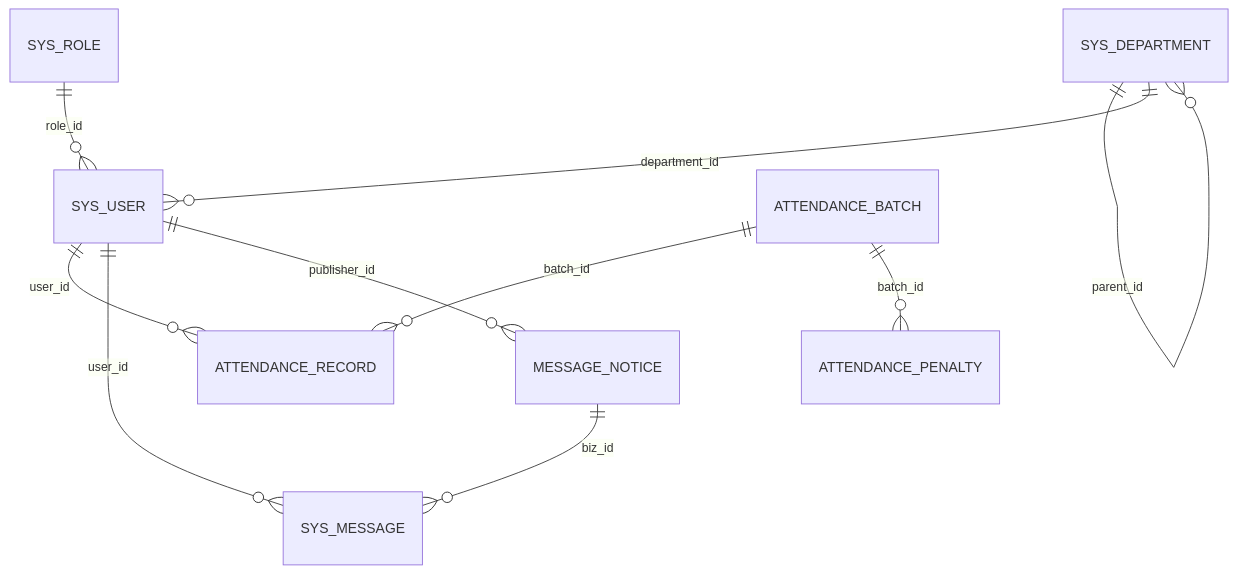
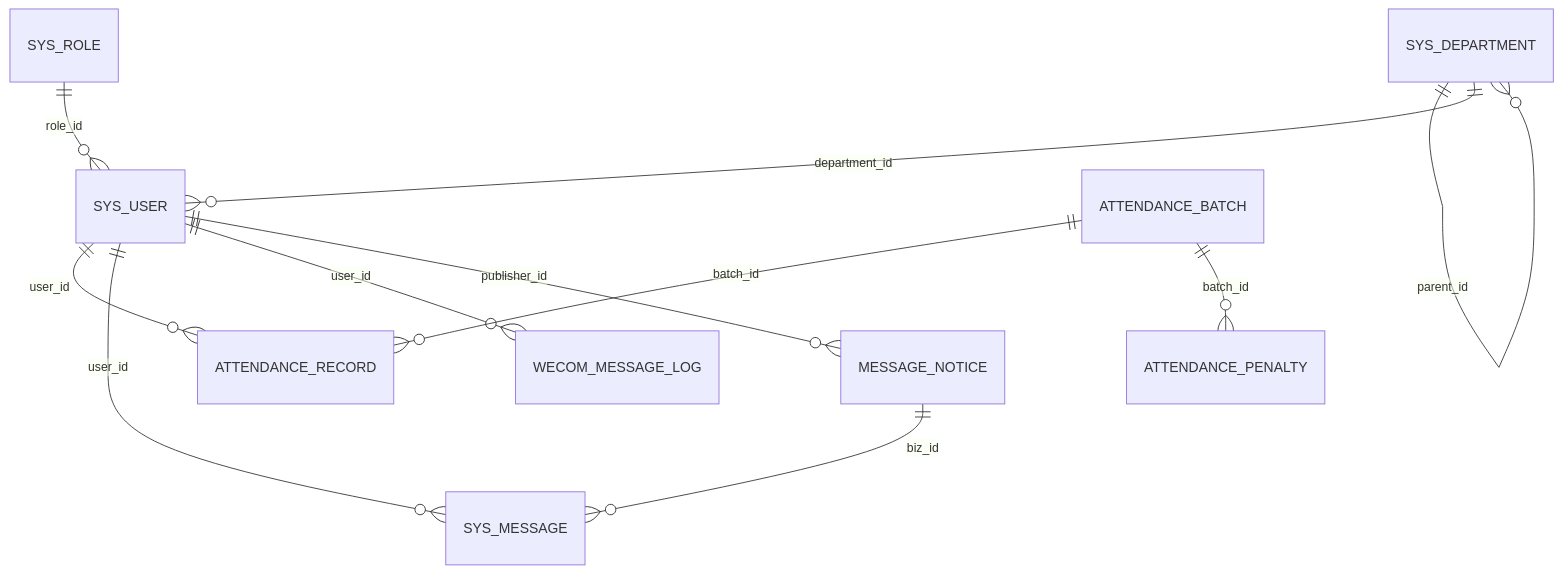
One commit to Keal-thas/hr-manager-sys changed the diagram in docs/DATA-MODEL.md. Above: the diagram before and after it, drawn with Mermaid. The commit also changed other lines of this file and 48 other files, not shown here.

````diff
--- a/docs/DATA-MODEL.md
+++ b/docs/DATA-MODEL.md
@@ -7,12 +7,13 @@
 ```mermaid
 erDiagram
     SYS_DEPARTMENT ||--o{ SYS_DEPARTMENT : "parent_id"
     SYS_DEPARTMENT ||--o{ SYS_USER : "department_id"
     SYS_ROLE ||--o{ SYS_USER : "role_id"
     SYS_USER ||--o{ ATTENDANCE_RECORD : "user_id"
     SYS_USER ||--o{ SYS_MESSAGE : "user_id"
+    SYS_USER ||--o{ WECOM_MESSAGE_LOG : "user_id"
     SYS_USER ||--o{ MESSAGE_NOTICE : "publisher_id"
     ATTENDANCE_BATCH ||--o{ ATTENDANCE_RECORD : "batch_id"
     ATTENDANCE_BATCH ||--o{ ATTENDANCE_PENALTY : "batch_id"
     MESSAGE_NOTICE ||--o{ SYS_MESSAGE : "biz_id"
 ```
````
